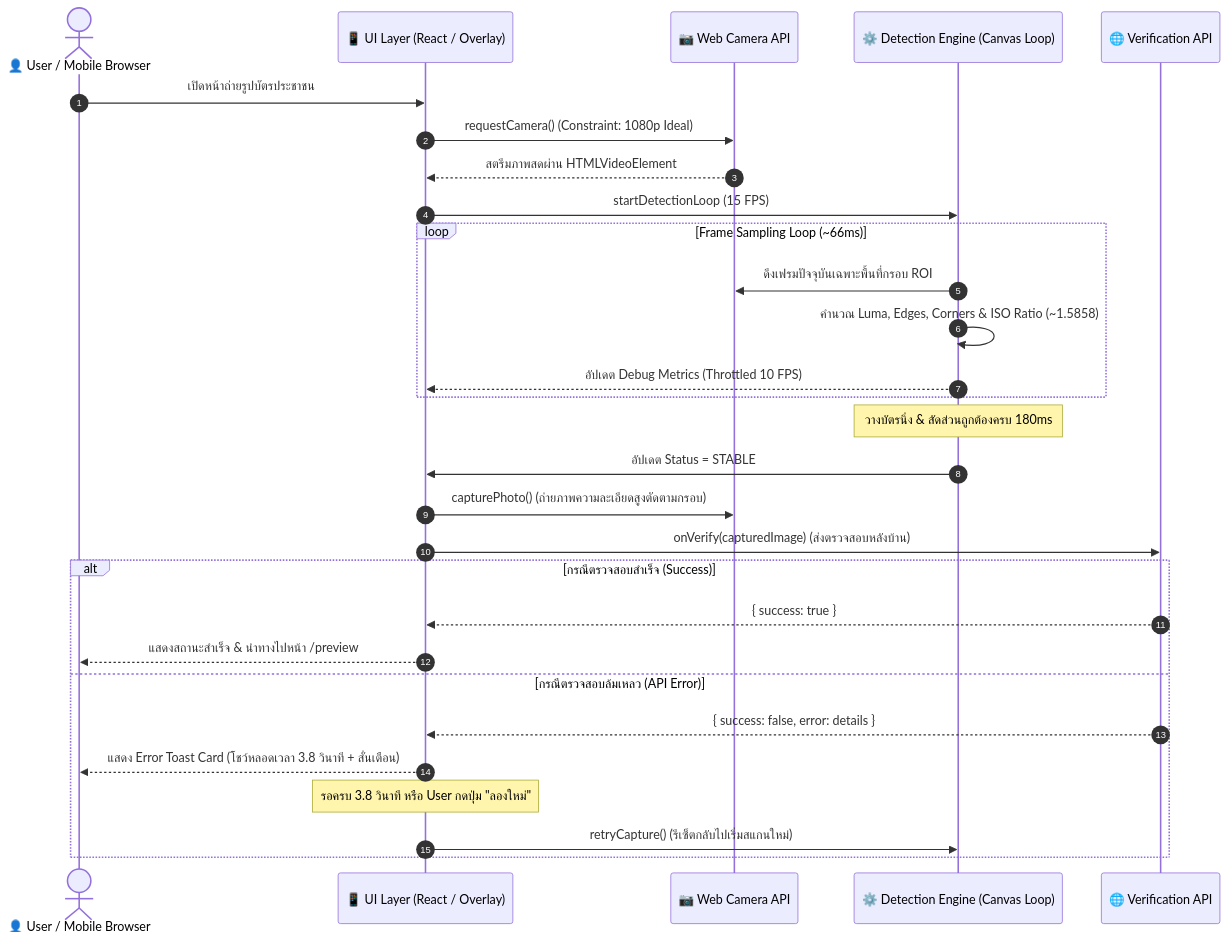
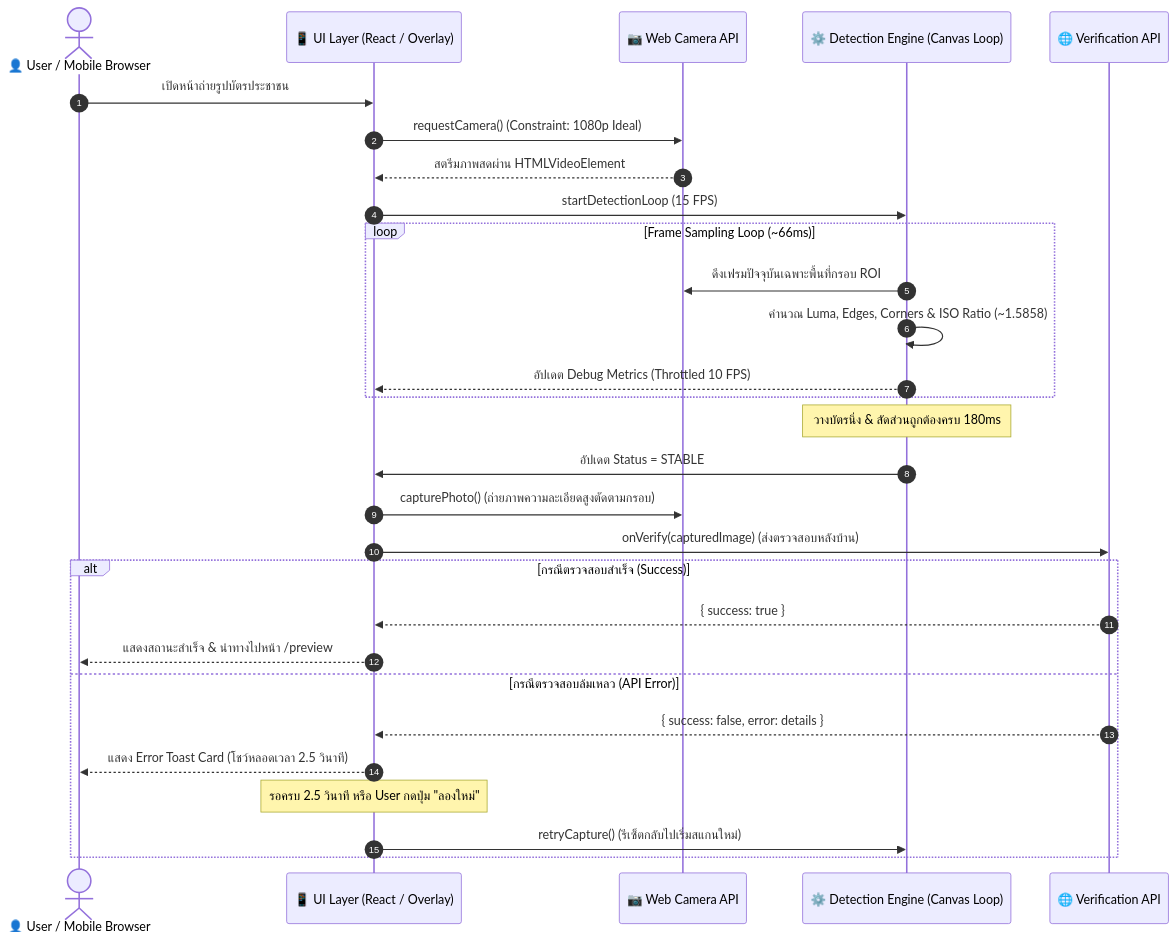
One commit to SupawishPK/id-card-scanner changed the fourth of 4 diagrams in DEMO_SCRIPT.md. Above: the diagram before and after it, drawn with Mermaid. The commit also changed other lines of this file and 3 other files, not shown here.

Commit message:
fix(scanner): remove error vibration alert and adjust error toast duration to 2.5s

````diff
--- a/DEMO_SCRIPT.md
+++ b/DEMO_SCRIPT.md
@@ -147,35 +147,35 @@
 ```mermaid
 sequenceDiagram
     autonumber
     actor User as 👤 User / Mobile Browser
     participant View as 📱 UI Layer (React / Overlay)
     participant Camera as 📷 Web Camera API
     participant Engine as ⚙️ Detection Engine (Canvas Loop)
     participant API as 🌐 Verification API
 
     User->>View: เปิดหน้าถ่ายรูปบัตรประชาชน
     View->>Camera: requestCamera() (Constraint: 1080p Ideal)
     Camera-->>View: สตรีมภาพสดผ่าน HTMLVideoElement
     View->>Engine: startDetectionLoop (15 FPS)
 
     loop Frame Sampling Loop (~66ms)
         Engine->>Camera: ดึงเฟรมปัจจุบันเฉพาะพื้นที่กรอบ ROI
         Engine->>Engine: คำนวณ Luma, Edges, Corners & ISO Ratio (~1.5858)
         Engine-->>View: อัปเดต Debug Metrics (Throttled 10 FPS)
     end
 
     Note over Engine: วางบัตรนิ่ง & สัดส่วนถูกต้องครบ 180ms
     Engine->>View: อัปเดต Status = STABLE
     View->>Camera: capturePhoto() (ถ่ายภาพความละเอียดสูงตัดตามกรอบ)
     View->>API: onVerify(capturedImage) (ส่งตรวจสอบหลังบ้าน)
 
     alt กรณีตรวจสอบสำเร็จ (Success)
         API-->>View: { success: true }
         View-->>User: แสดงสถานะสำเร็จ & นำทางไปหน้า /preview
     else กรณีตรวจสอบล้มเหลว (API Error)
         API-->>View: { success: false, error: details }
-        View-->>User: แสดง Error Toast Card (โชว์หลอดเวลา 3.8 วินาที + สั่นเตือน)
-        Note over View: รอครบ 3.8 วินาที หรือ User กดปุ่ม "ลองใหม่"
+        View-->>User: แสดง Error Toast Card (โชว์หลอดเวลา 2.5 วินาที)
+        Note over View: รอครบ 2.5 วินาที หรือ User กดปุ่ม "ลองใหม่"
         View->>Engine: retryCapture() (รีเซ็ตกลับไปเริ่มสแกนใหม่)
     end
 ```
````
